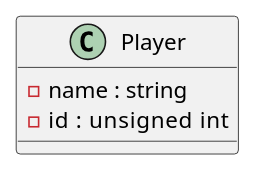
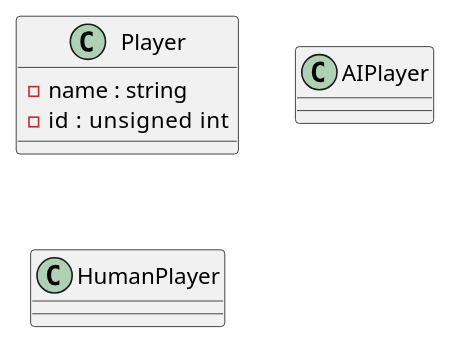
Before and after one commit to Mdc1960/ShottenTottenProject: the diagram in ShottenTottenProject/ClassDiagram.puml, drawn with PlantUML.

```diff
--- a/ShottenTottenProject/ClassDiagram.puml
+++ b/ShottenTottenProject/ClassDiagram.puml
@@ -1,9 +1,14 @@
 @startuml
 
 class Player{
     - name : string
     - id   : unsigned int
 }
 
+class AIPlayer{
+}
+
+class HumanPlayer{
+}
 
 @enduml
```
